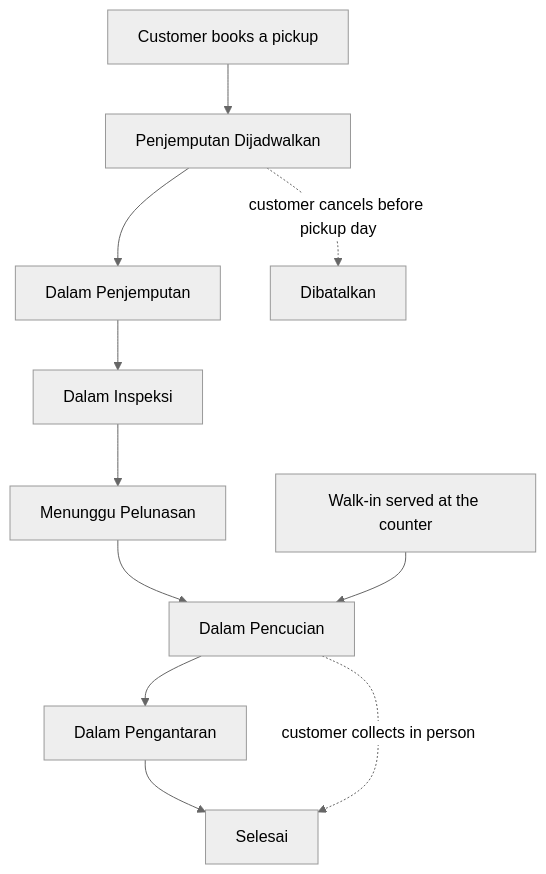
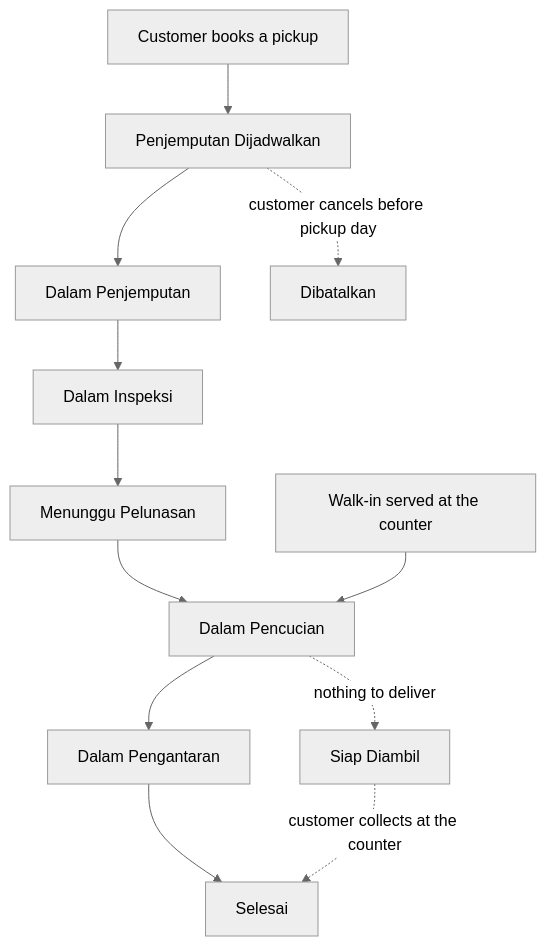
Before and after one commit to r3p-dev/skripsi: the diagram in README.md, drawn with Mermaid (neutral theme). The commit also changed other lines of this file and 273 other files, not shown here.

````diff
--- a/README.md
+++ b/README.md
@@ -33,15 +33,16 @@
 ```mermaid
 flowchart TD
     A[Customer books a pickup] --> B[Penjemputan Dijadwalkan]
     B --> C[Dalam Penjemputan]
     C --> D[Dalam Inspeksi]
     D --> E[Menunggu Pelunasan]
     E --> F[Dalam Pencucian]
     F --> G[Dalam Pengantaran]
     G --> H[Selesai]
 
     W[Walk-in served at the counter] --> F
-    F -.customer collects in person.-> H
+    F -.nothing to deliver.-> R[Siap Diambil]
+    R -.customer collects at the counter.-> H
 
     B -.customer cancels before pickup day.-> X[Dibatalkan]
 ```
````
